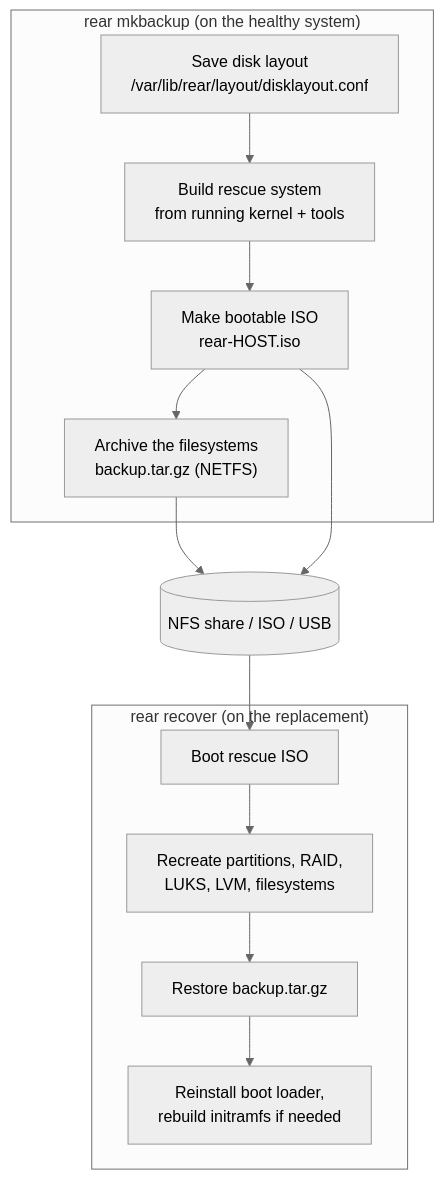
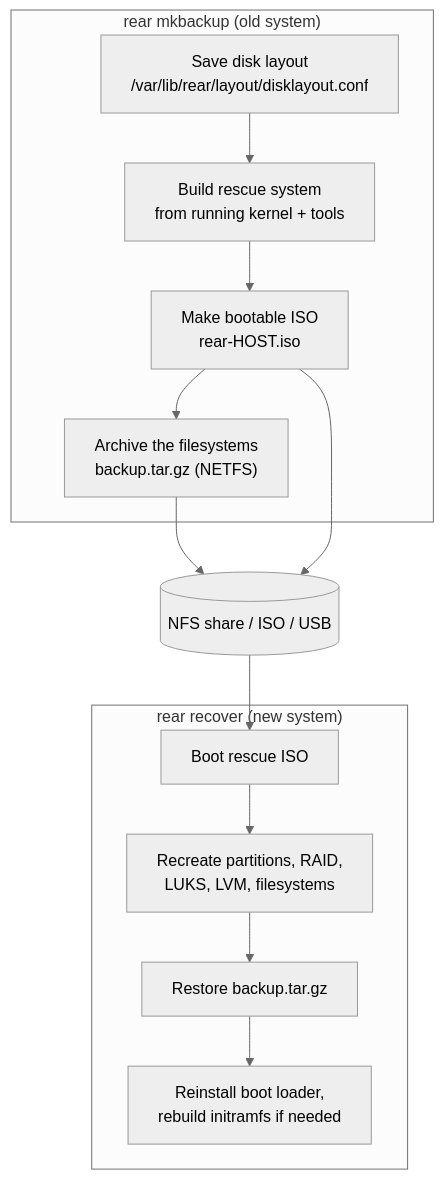
Before and after one commit to ssimpson89/LinuxTrainingCourse: the fourth of 6 diagrams in content/31-disaster-recovery-and-migration.md, drawn with Mermaid (neutral theme). The commit also changed other lines of this file and 2 other files, not shown here.

````diff
--- a/content/31-disaster-recovery-and-migration.md
+++ b/content/31-disaster-recovery-and-migration.md
@@ -226,16 +235,16 @@
 ```mermaid
 flowchart TB
-    subgraph MK["rear mkbackup (on the healthy system)"]
+    subgraph MK["rear mkbackup (old system)"]
         L["Save disk layout<br/>/var/lib/rear/layout/disklayout.conf"] --> R["Build rescue system<br/>from running kernel + tools"]
         R --> I["Make bootable ISO<br/>rear-HOST.iso"]
         I --> T["Archive the filesystems<br/>backup.tar.gz (NETFS)"]
     end
     T --> S[("NFS share / ISO / USB")]
     I --> S
-    subgraph RC["rear recover (on the replacement)"]
+    subgraph RC["rear recover (new system)"]
         B["Boot rescue ISO"] --> P["Recreate partitions, RAID,<br/>LUKS, LVM, filesystems"]
         P --> X["Restore backup.tar.gz"]
         X --> G["Reinstall boot loader,<br/>rebuild initramfs if needed"]
     end
     S --> B
 ```
````
